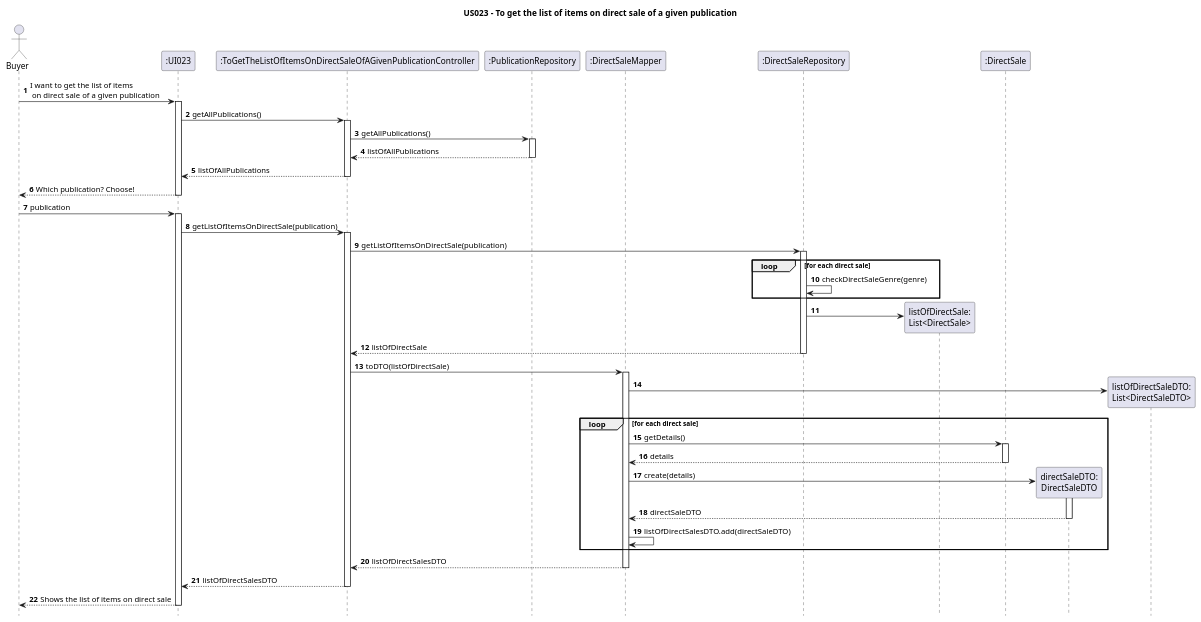
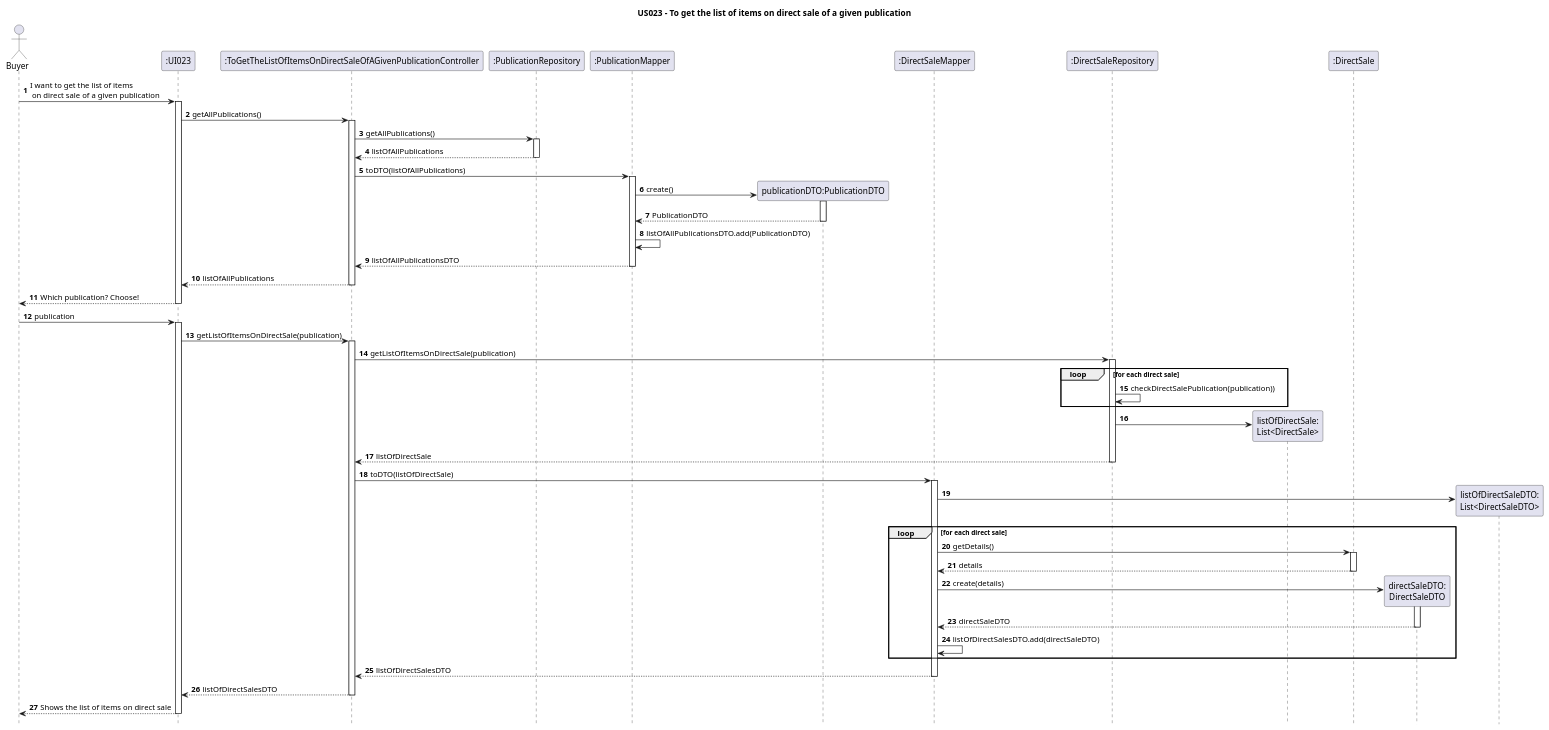
The diagram in Diagrams/SequenceDiagrams/N2/US023-to-get-the-list-of-items-on-direct-sale-of-a-given-publication.puml (AndrePereiraGitH/SWitCH-Project-Team_A), drawn with PlantUML before and after one commit. The commit also changed 5 other files, not shown here.

```diff
--- a/Diagrams/SequenceDiagrams/N2/US023-to-get-the-list-of-items-on-direct-sale-of-a-given-publication.puml
+++ b/Diagrams/SequenceDiagrams/N2/US023-to-get-the-list-of-items-on-direct-sale-of-a-given-publication.puml
@@ -1,79 +1,93 @@
 @startuml
 
 hide footbox
 autonumber
 title US023 - To get the list of items on direct sale of a given publication
 
 actor Buyer
 
 ' Participants
 participant ":UI023" as UI023
 participant ":ToGetTheListOfItemsOnDirectSaleOfAGivenPublicationController" as Ctrl
 participant ":PublicationRepository" as PublicationRepository
+participant ":PublicationMapper" as PubMapper
+participant "publicationDTO:PublicationDTO" as PubDTO
 participant ":DirectSaleMapper" as Mapper
 participant ":DirectSaleRepository" as DirectSaleRepository
 participant "listOfDirectSale:\nList<DirectSale>" as ListDS
 participant ":DirectSale" as DSDomain
 participant "directSaleDTO:\nDirectSaleDTO" as DTO
 participant "listOfDirectSaleDTO:\nList<DirectSaleDTO>" as ListDTO
 
 
 ' Interactions
 Buyer -> UI023 : I want to get the list of items\n on direct sale of a given publication
 activate UI023
 UI023 -> Ctrl : getAllPublications()
 activate Ctrl
 Ctrl -> PublicationRepository: getAllPublications()
 activate PublicationRepository
 PublicationRepository --> Ctrl: listOfAllPublications
 deactivate PublicationRepository
+
+Ctrl -> PubMapper: toDTO(listOfAllPublications)
+activate PubMapper
+'PubMapper -> PubDTO
+PubMapper -> PubDTO ** : create()
+activate PubDTO
+PubDTO --> PubMapper: PublicationDTO
+deactivate PubDTO
+PubMapper -> PubMapper : listOfAllPublicationsDTO.add(PublicationDTO)
+PubMapper --> Ctrl: listOfAllPublicationsDTO
+deactivate PubMapper
+
 Ctrl --> UI023 : listOfAllPublications
 deactivate Ctrl
 Buyer <-- UI023 : Which publication? Choose!
 deactivate UI023
 Buyer -> UI023 : publication
 activate UI023
 
 UI023 -> Ctrl : getListOfItemsOnDirectSale(publication)
 activate Ctrl
 
 Ctrl -> DirectSaleRepository : getListOfItemsOnDirectSale(publication)
 activate DirectSaleRepository
 
 loop for each direct sale
-    DirectSaleRepository -> DirectSaleRepository : checkDirectSaleGenre(genre)
+    DirectSaleRepository -> DirectSaleRepository : checkDirectSalePublication(publication))
 end
 
 DirectSaleRepository -> ListDS ** :
 DirectSaleRepository --> Ctrl : listOfDirectSale
 
 deactivate DirectSaleRepository
 
 Ctrl -> Mapper : toDTO(listOfDirectSale)
 activate Mapper
 Mapper -> ListDTO ** :
 
     loop for each direct sale
         Mapper -> DSDomain : getDetails()
         activate DSDomain
         DSDomain --> Mapper : details
         deactivate DSDomain
 
         Mapper -> DTO ** : create(details)
         activate DTO
         DTO --> Mapper : directSaleDTO
         deactivate DTO
 
         Mapper -> Mapper : listOfDirectSalesDTO.add(directSaleDTO)
     end
 
 Mapper --> Ctrl : listOfDirectSalesDTO
 deactivate Mapper
 
 Ctrl --> UI023 : listOfDirectSalesDTO
 deactivate Ctrl
 
 UI023 --> Buyer : Shows the list of items on direct sale
 deactivate UI023
 
 @enduml
```
